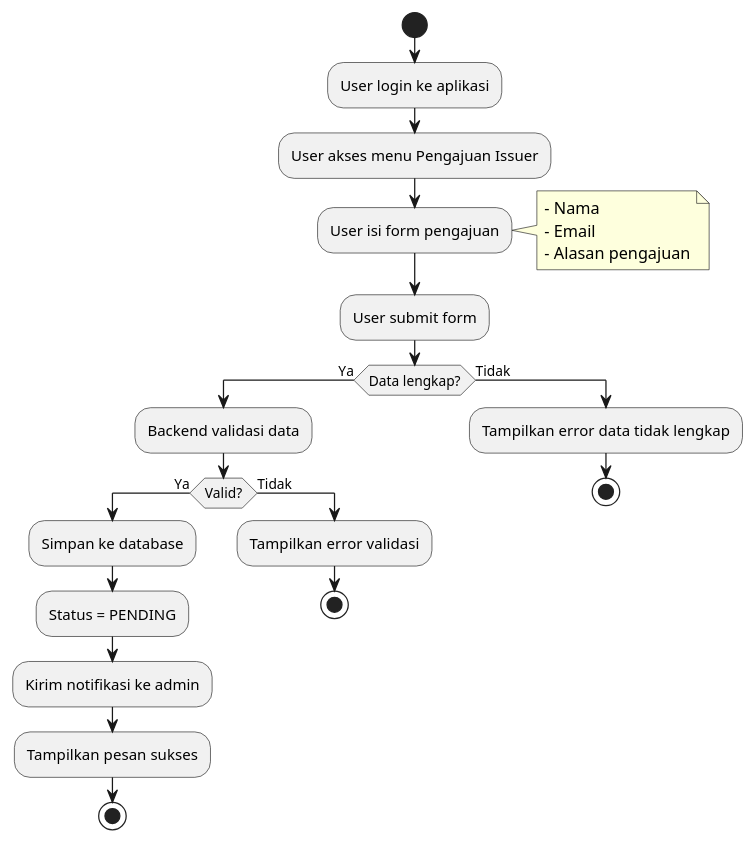
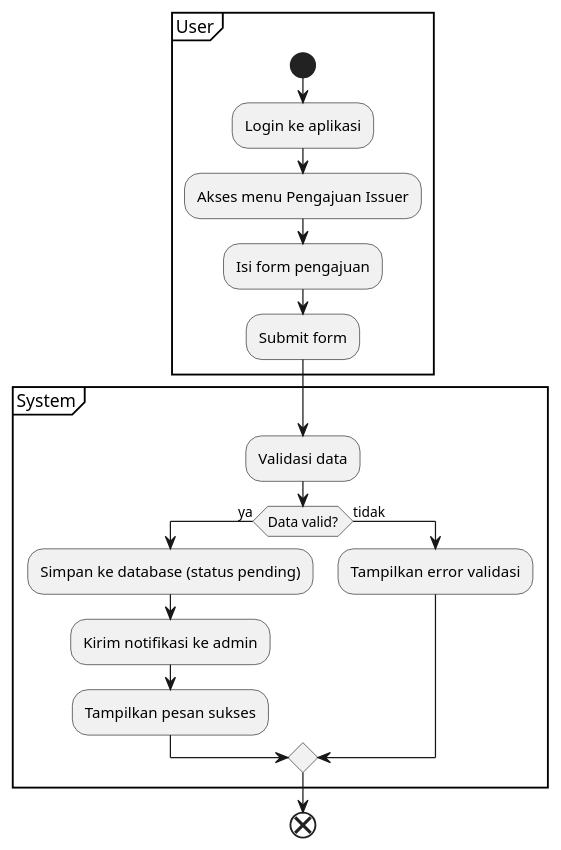
Before and after one commit to Aguh18/Skripsi-Projek-Penerbitan-Sertifikat-Berbasis-Blockhain-Polygon: the diagram in plantuml/activity/activity_pengajuan_issuer.puml, drawn with PlantUML. The commit also changed 14 other files, not shown here.

```diff
--- a/plantuml/activity/activity_pengajuan_issuer.puml
+++ b/plantuml/activity/activity_pengajuan_issuer.puml
@@ -1,28 +1,20 @@
 @startuml
-start
-:User login ke aplikasi;
-:User akses menu Pengajuan Issuer;
-:User isi form pengajuan;
-note right
-  - Nama
-  - Email
-  - Alasan pengajuan
-end note
-:User submit form;
-if (Data lengkap?) then (Ya)
-  :Backend validasi data;
-  if (Valid?) then (Ya)
-    :Simpan ke database;
-    :Status = PENDING;
+partition User {
+  start
+  :Login ke aplikasi;
+  :Akses menu Pengajuan Issuer;
+  :Isi form pengajuan;
+  :Submit form;
+}
+partition System {
+  :Validasi data;
+  if (Data valid?) then (ya)
+    :Simpan ke database (status pending);
     :Kirim notifikasi ke admin;
     :Tampilkan pesan sukses;
-    stop
-  else (Tidak)
+  else (tidak)
     :Tampilkan error validasi;
-    stop
   endif
-else (Tidak)
-  :Tampilkan error data tidak lengkap;
-  stop
-endif
+}
+end
 @enduml 
```
